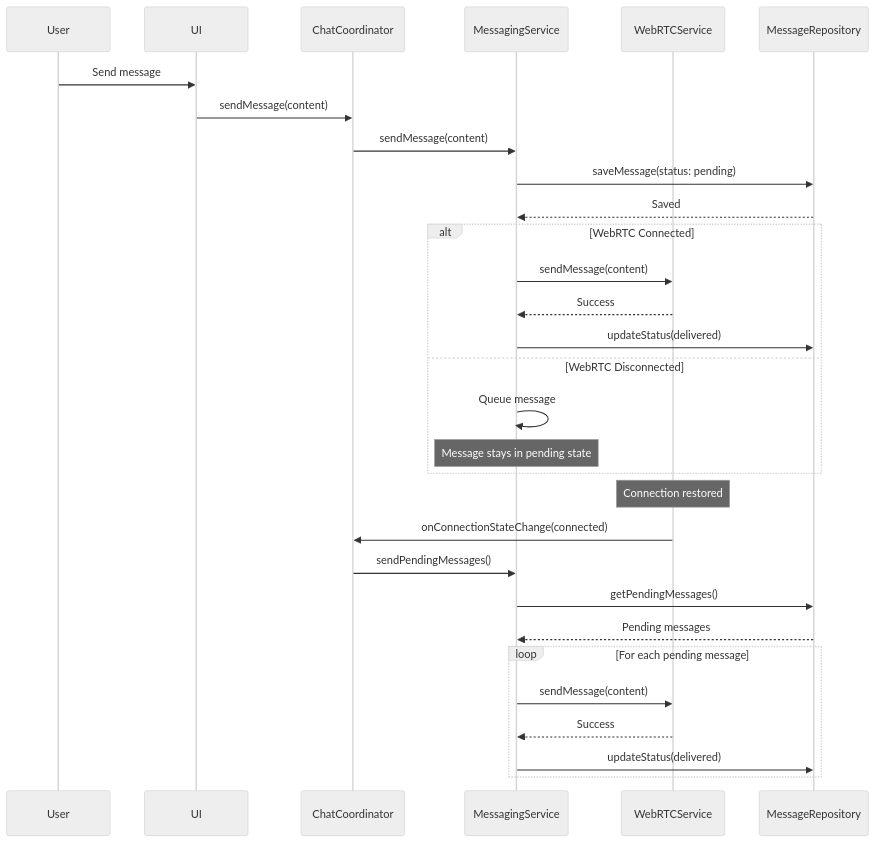
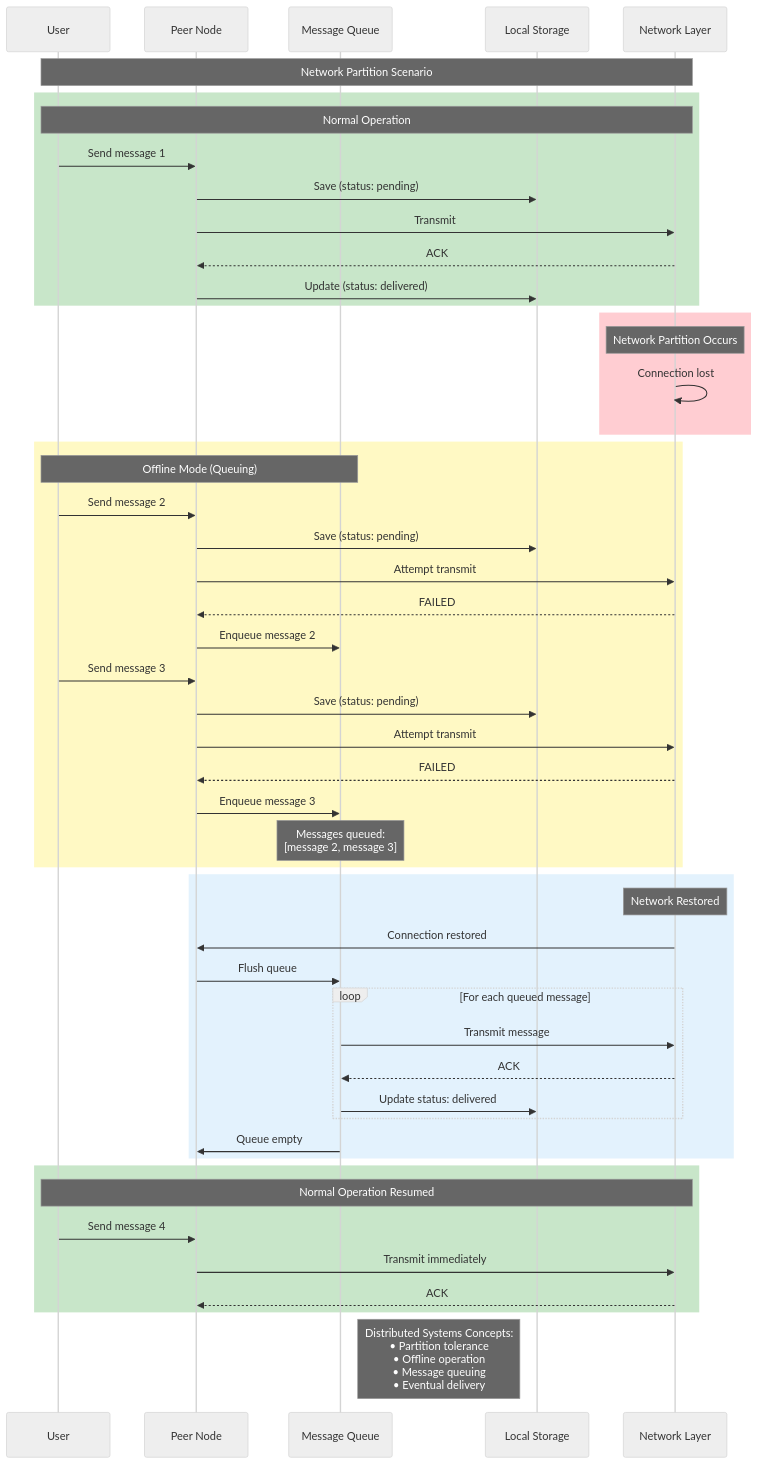
Before and after one commit to amr-kasem/distributed-systems-react-chat-peer: the seventh of 8 diagrams in docs/sequence-diagrams.md, drawn with Mermaid (neutral theme). The commit also changed other lines of this file and 7 other files, not shown here.

````diff
--- a/docs/sequence-diagrams.md
+++ b/docs/sequence-diagrams.md
@@ -209,37 +387,64 @@
 ```mermaid
 sequenceDiagram
     participant User
-    participant UI
-    participant Coord as ChatCoordinator
-    participant MsgSvc as MessagingService
-    participant WebRTC as WebRTCService
-    participant MsgRepo as MessageRepository
+    participant Node as Peer Node
+    participant Queue as Message Queue
+    participant Storage as Local Storage
+    participant Network as Network Layer
     
-    User->>UI: Send message
-    UI->>Coord: sendMessage(content)
-    Coord->>MsgSvc: sendMessage(content)
-    MsgSvc->>MsgRepo: saveMessage(status: pending)
-    MsgRepo-->>MsgSvc: Saved
+    Note over User,Network: Network Partition Scenario
     
-    alt WebRTC Connected
-        MsgSvc->>WebRTC: sendMessage(content)
-        WebRTC-->>MsgSvc: Success
-        MsgSvc->>MsgRepo: updateStatus(delivered)
-    else WebRTC Disconnected
-        MsgSvc->>MsgSvc: Queue message
-        Note over MsgSvc: Message stays in pending state
+    rect rgb(200, 230, 201)
+        Note over User,Network: Normal Operation
+        User->>Node: Send message 1
+        Node->>Storage: Save (status: pending)
+        Node->>Network: Transmit
+        Network-->>Node: ACK
+        Node->>Storage: Update (status: delivered)
     end
     
-    Note over WebRTC: Connection restored
+    rect rgb(255, 205, 210)
+        Note over Network: Network Partition Occurs
+        Network->>Network: Connection lost
+    end
     
-    WebRTC->>Coord: onConnectionStateChange(connected)
-    Coord->>MsgSvc: sendPendingMessages()
-    MsgSvc->>MsgRepo: getPendingMessages()
-    MsgRepo-->>MsgSvc: Pending messages
+    rect rgb(255, 249, 196)
+        Note over User,Queue: Offline Mode (Queuing)
+        User->>Node: Send message 2
+        Node->>Storage: Save (status: pending)
+        Node->>Network: Attempt transmit
+        Network-->>Node: FAILED
+        Node->>Queue: Enqueue message 2
+        
+        User->>Node: Send message 3
+        Node->>Storage: Save (status: pending)
+        Node->>Network: Attempt transmit
+        Network-->>Node: FAILED
+        Node->>Queue: Enqueue message 3
+        
+        Note over Queue: Messages queued:<br/>[message 2, message 3]
+    end
     
-    loop For each pending message
-        MsgSvc->>WebRTC: sendMessage(content)
-        WebRTC-->>MsgSvc: Success
-        MsgSvc->>MsgRepo: updateStatus(delivered)
+    rect rgb(227, 242, 253)
+        Note over Network: Network Restored
+        Network->>Node: Connection restored
+        Node->>Queue: Flush queue
+        
+        loop For each queued message
+            Queue->>Network: Transmit message
+            Network-->>Queue: ACK
+            Queue->>Storage: Update status: delivered
+        end
+        
+        Queue->>Node: Queue empty
     end
+    
+    rect rgb(200, 230, 201)
+        Note over User,Network: Normal Operation Resumed
+        User->>Node: Send message 4
+        Node->>Network: Transmit immediately
+        Network-->>Node: ACK
+    end
+    
+    Note right of Queue: Distributed Systems Concepts:<br/>• Partition tolerance<br/>• Offline operation<br/>• Message queuing<br/>• Eventual delivery
 ```
````
